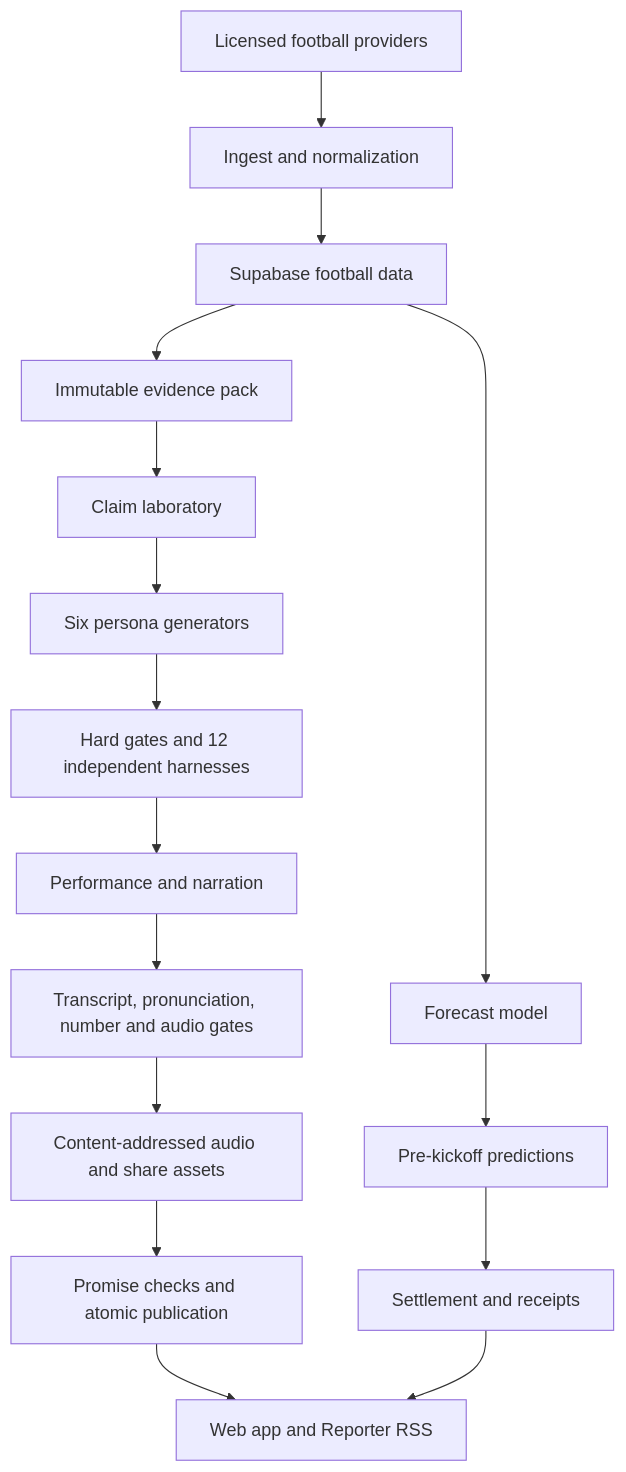
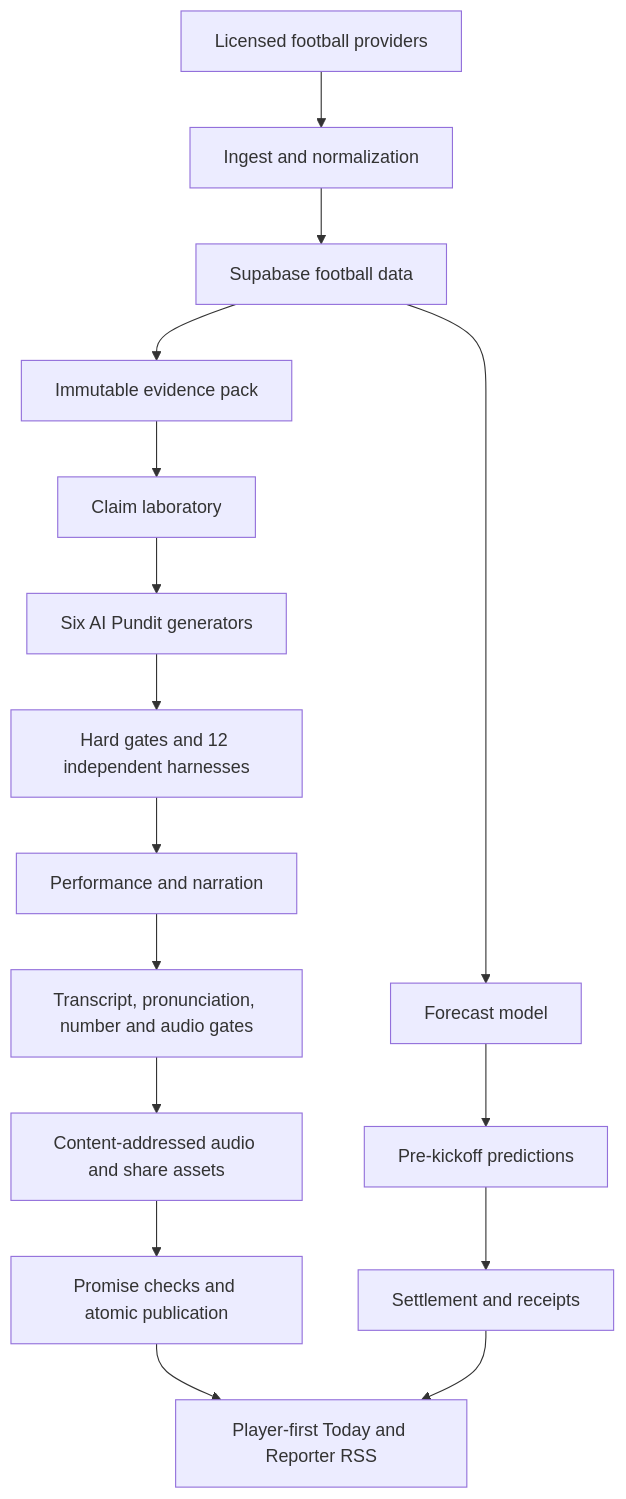
One commit to krishanraja/full-time changed the first of 2 diagrams in docs/03-architecture.md. Above: the diagram before and after it, drawn with Mermaid. The commit also changed other lines of this file and 32 other files, not shown here.

````diff
--- a/docs/03-architecture.md
+++ b/docs/03-architecture.md
@@ -10,18 +10,18 @@
 ```mermaid
 flowchart TD
     F["Licensed football providers"] --> I["Ingest and normalization"]
     I --> D["Supabase football data"]
     D --> E["Immutable evidence pack"]
     E --> C["Claim laboratory"]
-    C --> G["Six persona generators"]
+    C --> G["Six AI Pundit generators"]
     G --> H["Hard gates and 12 independent harnesses"]
     H --> N["Performance and narration"]
     N --> Q["Transcript, pronunciation, number and audio gates"]
     Q --> A["Content-addressed audio and share assets"]
     A --> P["Promise checks and atomic publication"]
-    P --> W["Web app and Reporter RSS"]
+    P --> W["Player-first Today and Reporter RSS"]
     D --> M["Forecast model"]
     M --> R["Pre-kickoff predictions"]
     R --> S["Settlement and receipts"]
     S --> W
 ```
````
